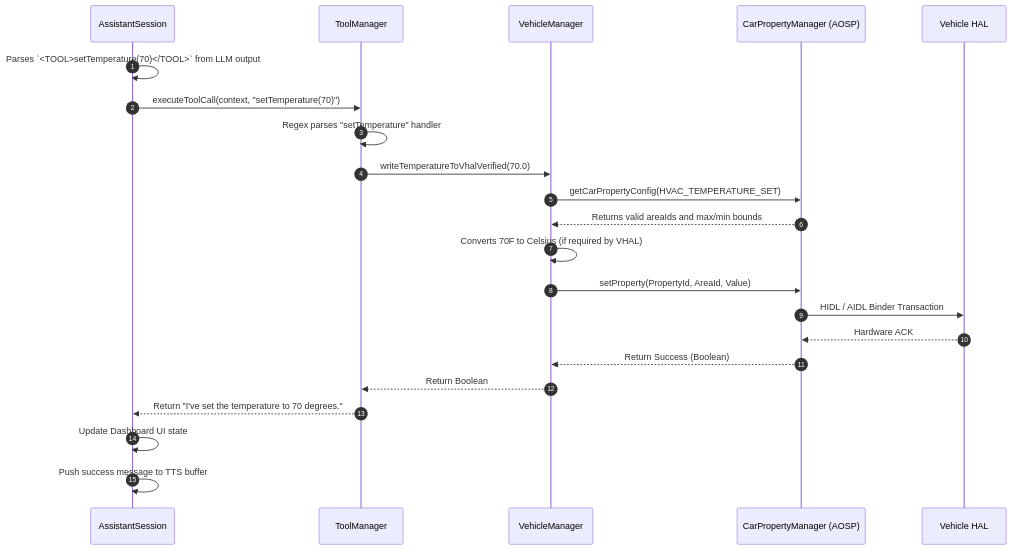
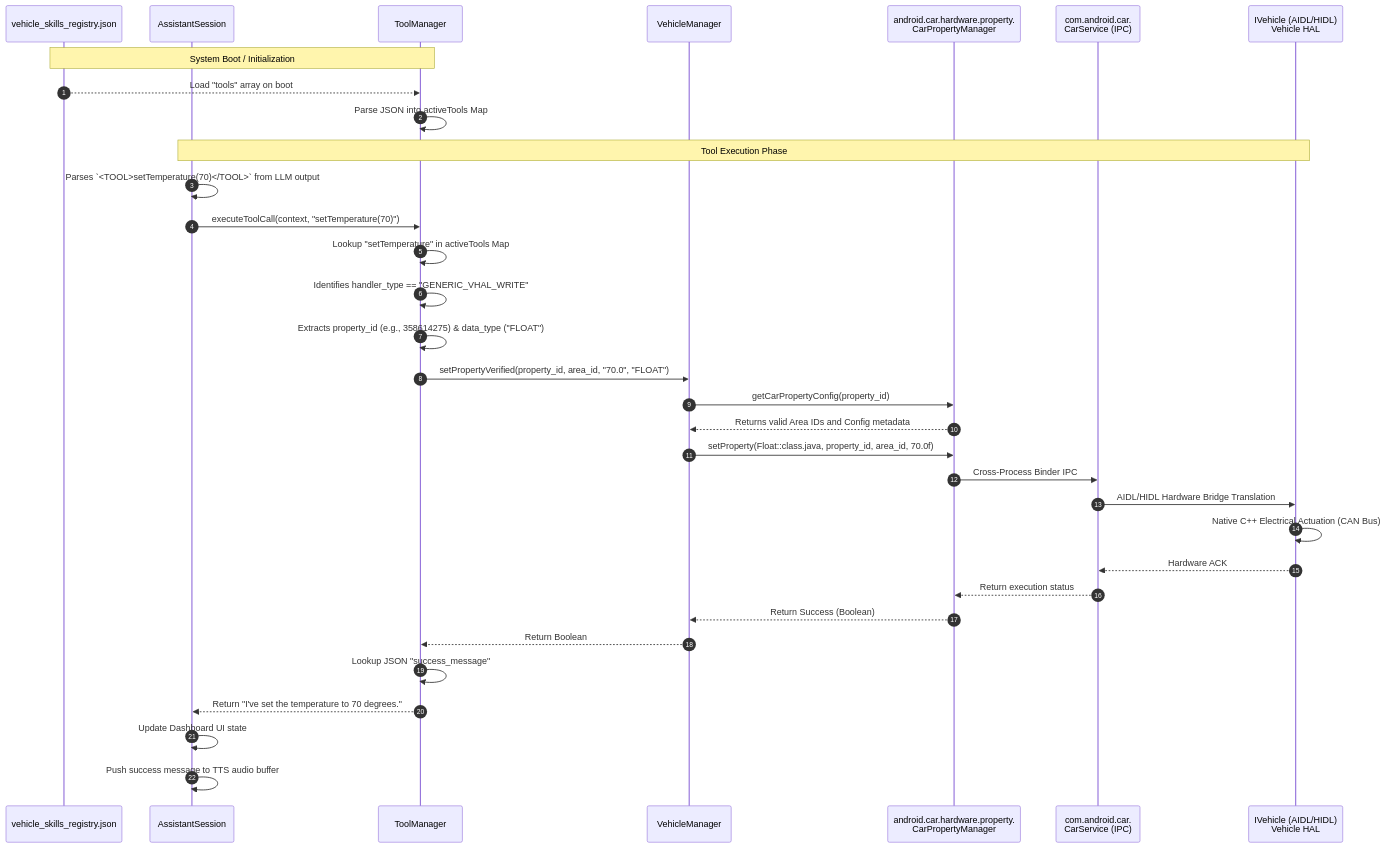
Before and after one commit to hemangpandhi/ai-assistant: the diagram in docs/use_cases/vhal_actuation.md, drawn with Mermaid. The commit also changed other lines of this file and 4 other files, not shown here.

Commit message:
docs: Enrich sequence diagrams with detailed Android framework APIs and Intent routing

````diff
--- a/docs/use_cases/vhal_actuation.md
+++ b/docs/use_cases/vhal_actuation.md
@@ -5,31 +5,49 @@
 ```mermaid
 sequenceDiagram
     autonumber
+    participant JSON as vehicle_skills_registry.json
     participant AS as AssistantSession
     participant TM as ToolManager
     participant VM as VehicleManager
-    participant CPM as CarPropertyManager (AOSP)
-    participant VHAL as Vehicle HAL
+    participant CPM as android.car.hardware.property.<br/>CarPropertyManager
+    participant CS as com.android.car.<br/>CarService (IPC)
+    participant VHAL as IVehicle (AIDL/HIDL)<br/>Vehicle HAL
+
+    %% Initialization Phase
+    note over JSON, TM: System Boot / Initialization
+    JSON-->>TM: Load "tools" array on boot
+    TM->>TM: Parse JSON into activeTools Map
+    
+    %% Execution Phase
+    note over AS, VHAL: Tool Execution Phase
     
     AS->>AS: Parses `<TOOL>setTemperature(70)</TOOL>` from LLM output
     AS->>TM: executeToolCall(context, "setTemperature(70)")
     
-    TM->>TM: Regex parses "setTemperature" handler
-    TM->>VM: writeTemperatureToVhalVerified(70.0)
+    TM->>TM: Lookup "setTemperature" in activeTools Map
+    TM->>TM: Identifies handler_type == "GENERIC_VHAL_WRITE"
+    TM->>TM: Extracts property_id (e.g., 358614275) & data_type ("FLOAT")
     
-    VM->>CPM: getCarPropertyConfig(HVAC_TEMPERATURE_SET)
-    CPM-->>VM: Returns valid areaIds and max/min bounds
+    TM->>VM: setPropertyVerified(property_id, area_id, "70.0", "FLOAT")
     
-    VM->>VM: Converts 70F to Celsius (if required by VHAL)
+    VM->>CPM: getCarPropertyConfig(property_id)
+    CPM-->>VM: Returns valid Area IDs and Config metadata
     
-    VM->>CPM: setProperty(PropertyId, AreaId, Value)
-    CPM->>VHAL: HIDL / AIDL Binder Transaction
-    VHAL-->>CPM: Hardware ACK
+    VM->>CPM: setProperty(Float::class.java, property_id, area_id, 70.0f)
+    
+    %% Android Framework to Hardware
+    CPM->>CS: Cross-Process Binder IPC
+    CS->>VHAL: AIDL/HIDL Hardware Bridge Translation
+    VHAL->>VHAL: Native C++ Electrical Actuation (CAN Bus)
+    VHAL-->>CS: Hardware ACK
+    CS-->>CPM: Return execution status
+    
     CPM-->>VM: Return Success (Boolean)
     
     VM-->>TM: Return Boolean
+    TM->>TM: Lookup JSON "success_message"
     TM-->>AS: Return "I've set the temperature to 70 degrees."
     
     AS->>AS: Update Dashboard UI state
-    AS->>AS: Push success message to TTS buffer
+    AS->>AS: Push success message to TTS audio buffer
 ```
````
